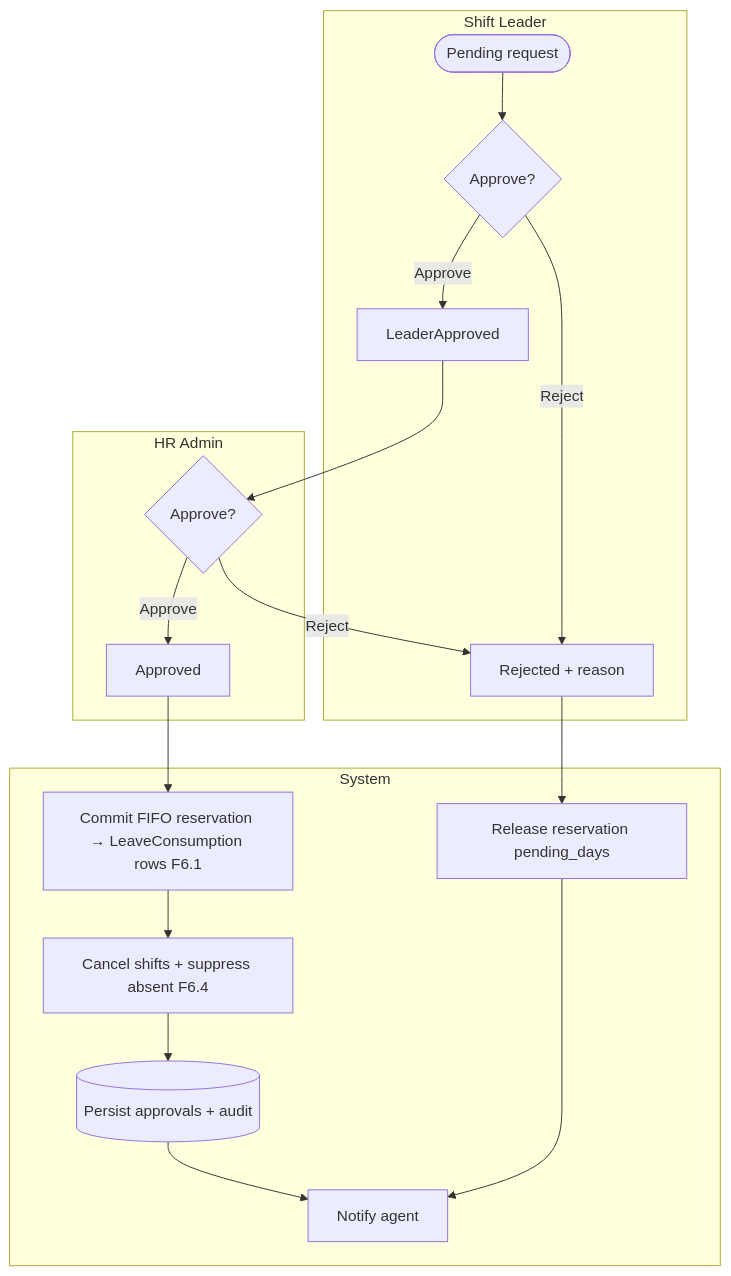
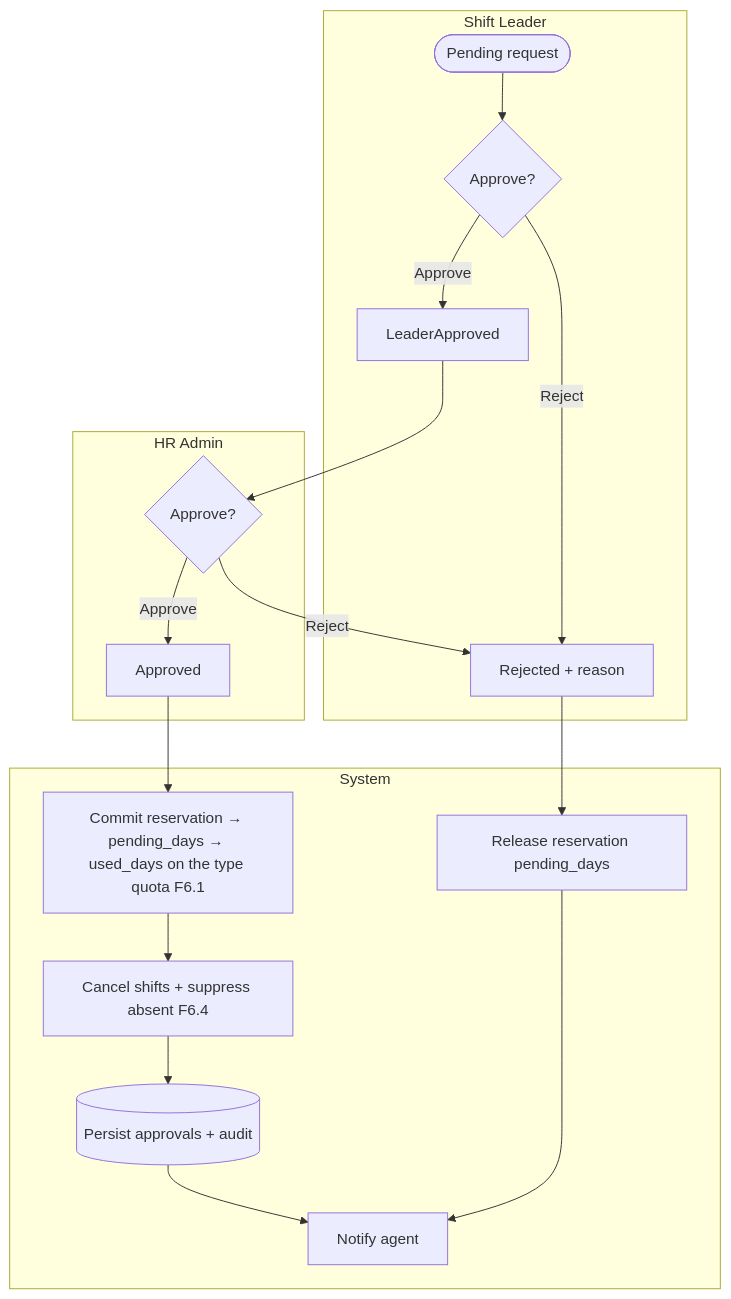
One commit to hariszaki17/hris-outsource changed the fourth of 6 diagrams in docs/epics/E6-leave/FEATURE.md. Above: the diagram before and after it, drawn with Mermaid. The commit also changed other lines of this file and 40 other files, not shown here.

````diff
--- a/docs/epics/E6-leave/FEATURE.md
+++ b/docs/epics/E6-leave/FEATURE.md
@@ -164,21 +174,21 @@
 ```mermaid
 flowchart TD
     subgraph SL[Shift Leader]
         L1([Pending request]) --> L2{Approve?}
         L2 -- Reject --> R1[Rejected + reason]
         L2 -- Approve --> L3[LeaderApproved]
     end
     subgraph HR[HR Admin]
         L3 --> H1{Approve?}
         H1 -- Reject --> R1
         H1 -- Approve --> H2[Approved]
     end
     subgraph SYS[System]
-        H2 --> S1[Commit FIFO reservation → LeaveConsumption rows F6.1]
+        H2 --> S1[Commit reservation → pending_days → used_days on the type quota F6.1]
         S1 --> S2[Cancel shifts + suppress absent F6.4]
         S2 --> S3[(Persist approvals + audit)]
         S3 --> S4[Notify agent]
         R1 --> S5[Release reservation pending_days]
         S5 --> S4
     end
 ```
````
